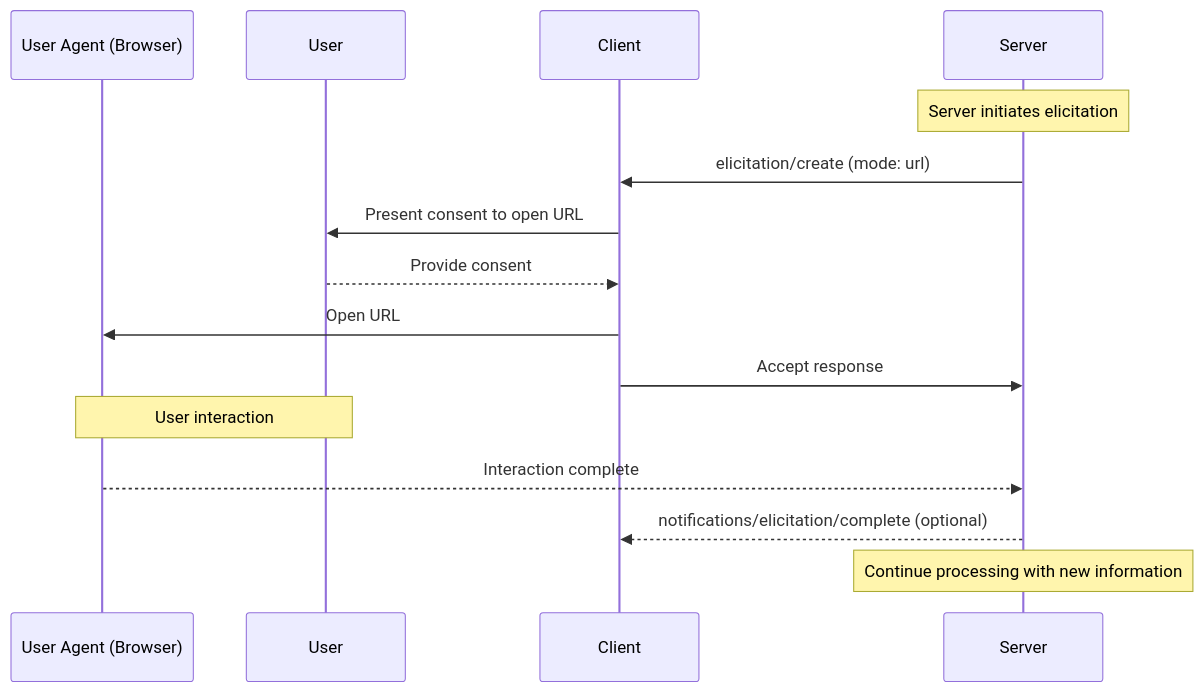
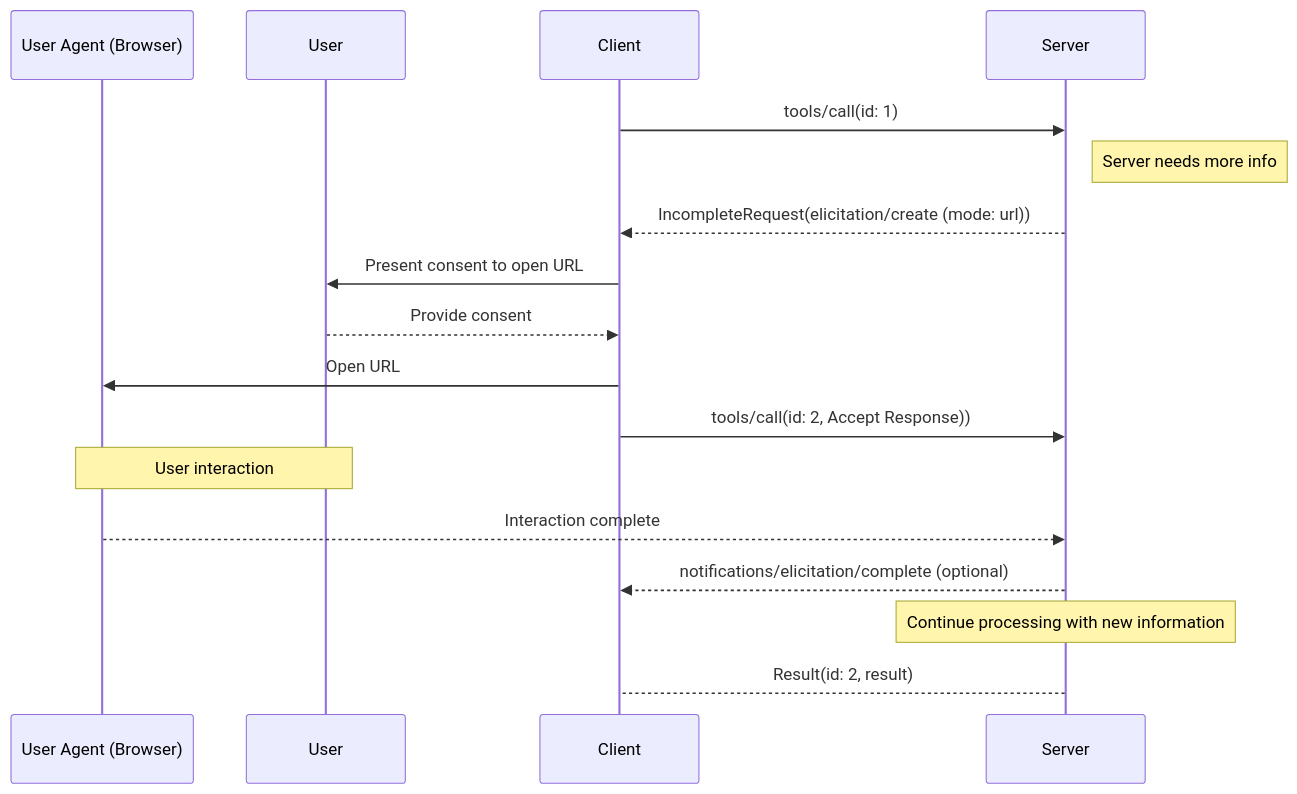
Before and after one commit to modelcontextprotocol/modelcontextprotocol: the second of 4 diagrams in docs/specification/draft/client/elicitation.mdx, drawn with Mermaid. The commit also changed other lines of this file, not shown here.

Commit message:
update elicitation, a few todos left

````diff
--- a/docs/specification/draft/client/elicitation.mdx
+++ b/docs/specification/draft/client/elicitation.mdx
@@ -501,22 +499,24 @@
 ```mermaid
 sequenceDiagram
     participant UserAgent as User Agent (Browser)
     participant User
     participant Client
     participant Server
 
-    Note over Server: Server initiates elicitation
-    Server->>Client: elicitation/create (mode: url)
+    Client->>Server: tools/call(id: 1)
+    Note right of Server: Server needs more info
+    Server-->>Client: IncompleteRequest(elicitation/create (mode: url))
 
     Client->>User: Present consent to open URL
     User-->>Client: Provide consent
 
     Client->>UserAgent: Open URL
-    Client->>Server: Accept response
+    Client->>Server: tools/call(id: 2, Accept Response))
 
     Note over User,UserAgent: User interaction
     UserAgent-->>Server: Interaction complete
     Server-->>Client: notifications/elicitation/complete (optional)
 
     Note over Server: Continue processing with new information
+    Server-->Client: Result(id: 2, result)
 ```
````
